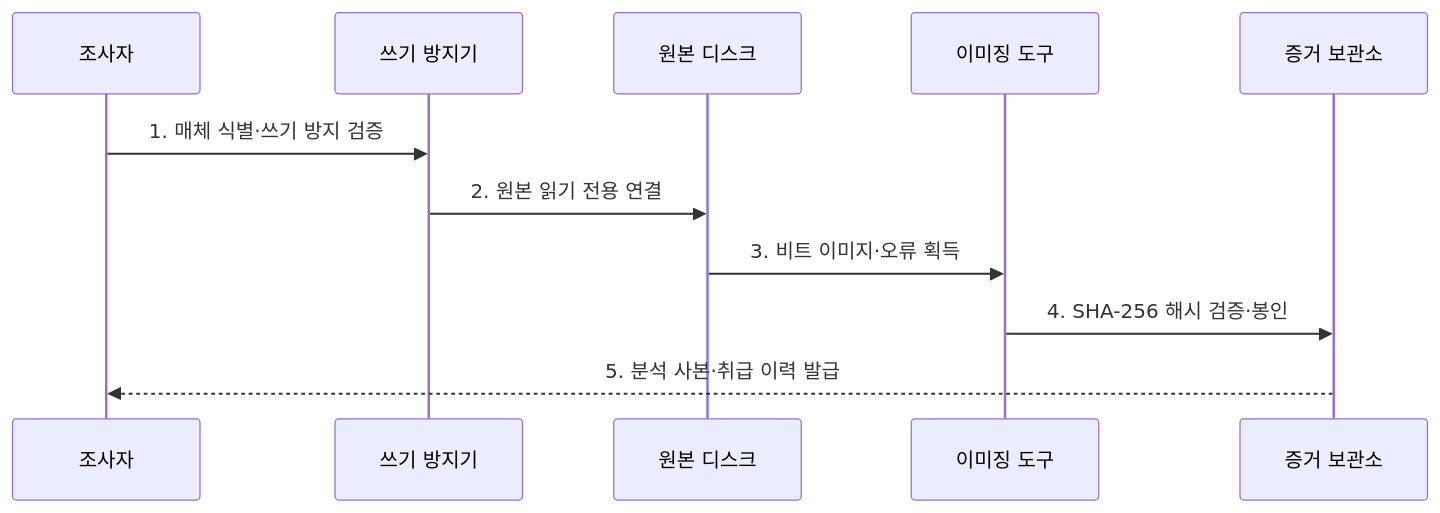
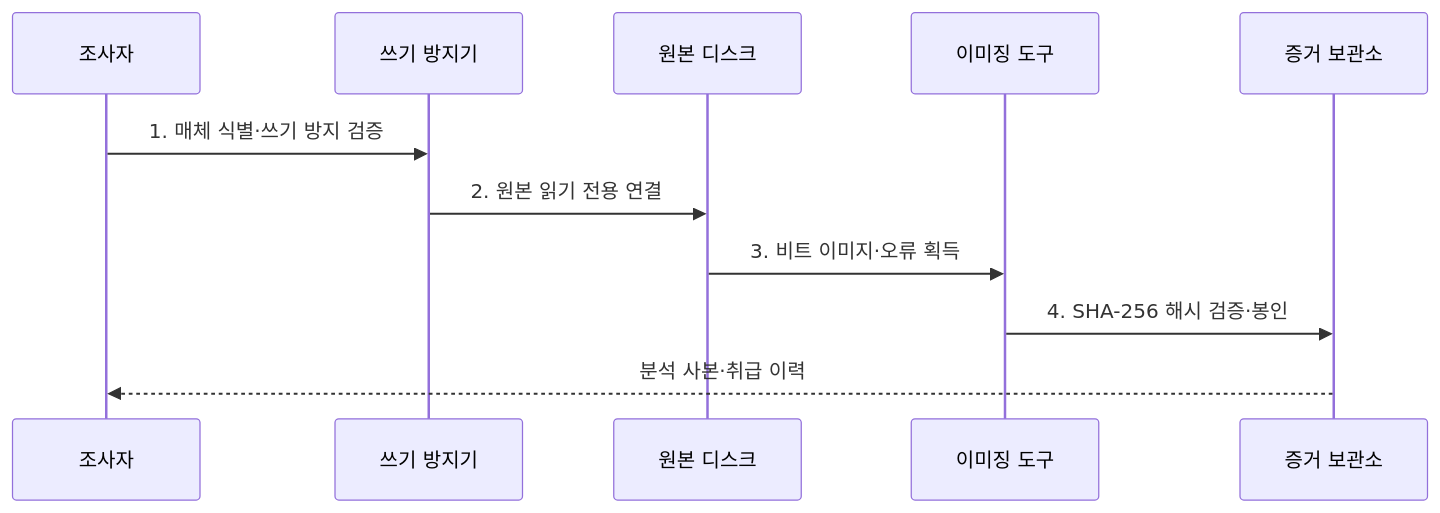
Before and after one commit to agnusdei1207/knowledge-base: the second of 2 diagrams in src/content/docs/notes/05-security/116_disk_imaging_hash_integrity.md, drawn with Mermaid. The commit also changed other lines of this file and 20 other files, not shown here.

````diff
--- a/src/content/docs/notes/05-security/116_disk_imaging_hash_integrity.md
+++ b/src/content/docs/notes/05-security/116_disk_imaging_hash_integrity.md
@@ -78,13 +78,13 @@
 ```mermaid
 sequenceDiagram
   participant I as 조사자
   participant W as 쓰기 방지기
   participant D as 원본 디스크
   participant A as 이미징 도구
   participant R as 증거 보관소
   I->>W: 1. 매체 식별·쓰기 방지 검증
   W->>D: 2. 원본 읽기 전용 연결
   D->>A: 3. 비트 이미지·오류 획득
   A->>R: 4. SHA-256 해시 검증·봉인
-  R-->>I: 5. 분석 사본·취급 이력 발급
+  R-->>I: 분석 사본·취급 이력
 ```
````
